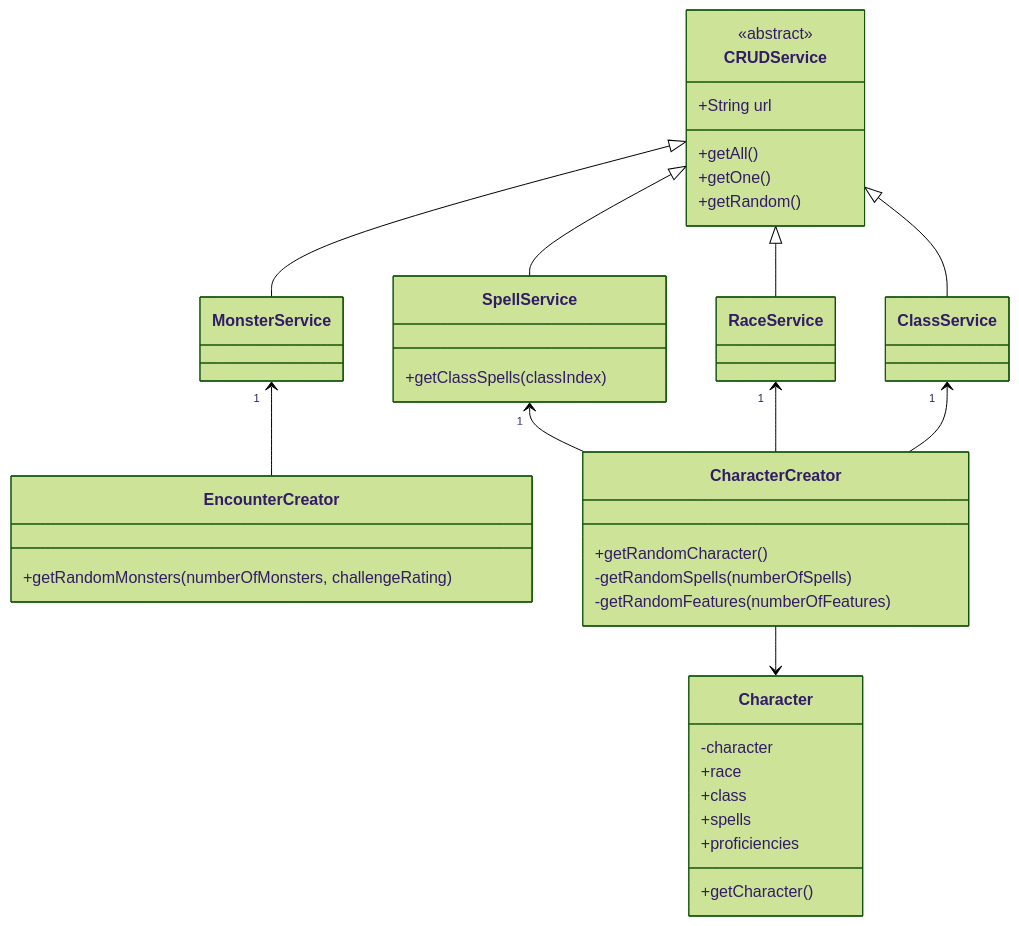
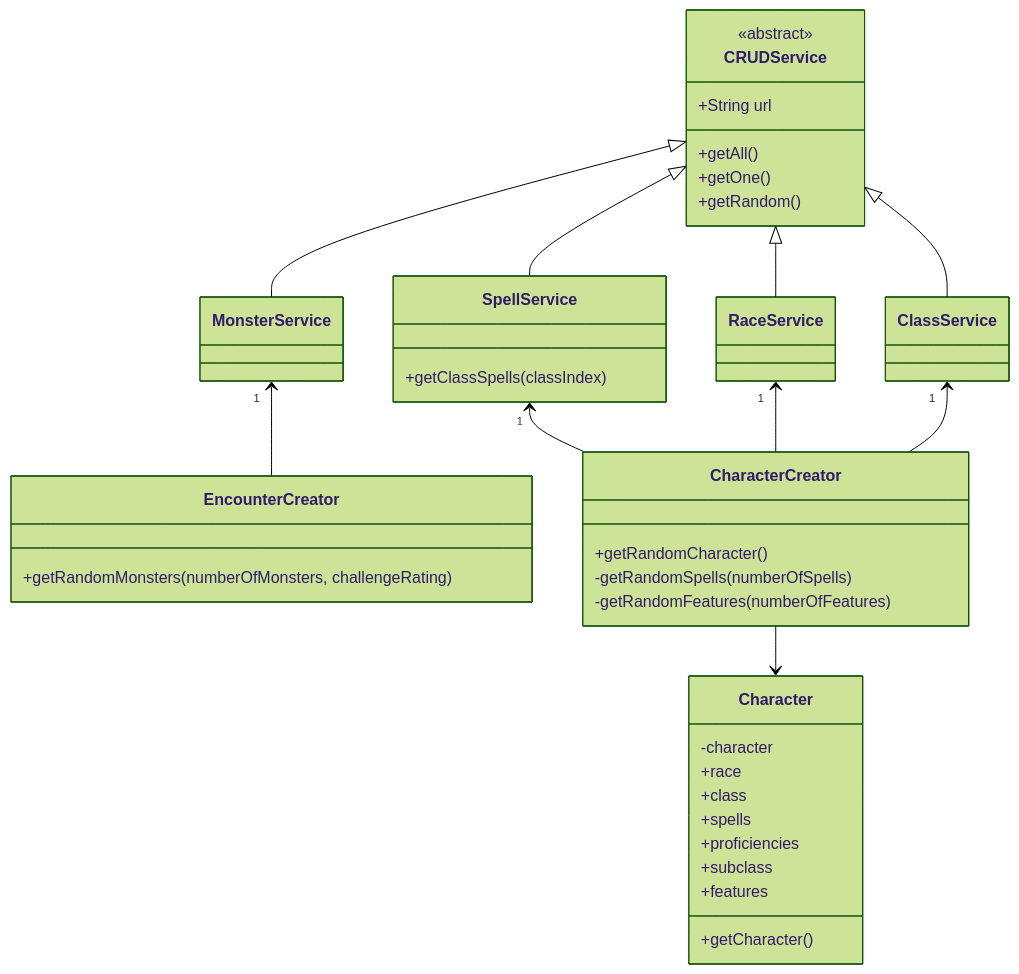
The diagram in README.md (wachtelhund/1dv61-_lab2), drawn with Mermaid (forest theme) before and after one commit. The commit also changed 2 other files, not shown here.

````diff
--- a/README.md
+++ b/README.md
@@ -20,45 +20,47 @@
 ```mermaid
     classDiagram
         CRUDService <|-- MonsterService
         CRUDService <|-- ClassService
         CRUDService <|-- RaceService
         CRUDService <|-- SpellService
 
         MonsterService"1"<--EncounterCreator
         SpellService"1"<--CharacterCreator
         RaceService"1"<--CharacterCreator
         ClassService"1"<--CharacterCreator
         CharacterCreator-->Character
 
 
         class CRUDService{
             <<abstract>>
             +String url
             +getAll()
             +getOne()
             +getRandom()
         }
 
         class Character{
             -character
             +race
             +class
             +spells
             +proficiencies
+            +subclass
+            +features
             +getCharacter()
         }
 
         class SpellService{
             +getClassSpells(classIndex)
         }
 
         class EncounterCreator{
             +getRandomMonsters(numberOfMonsters, challengeRating)
         }
 
         class CharacterCreator{
             +getRandomCharacter()
             -getRandomSpells(numberOfSpells)
             -getRandomFeatures(numberOfFeatures)
         }
 ```
````
